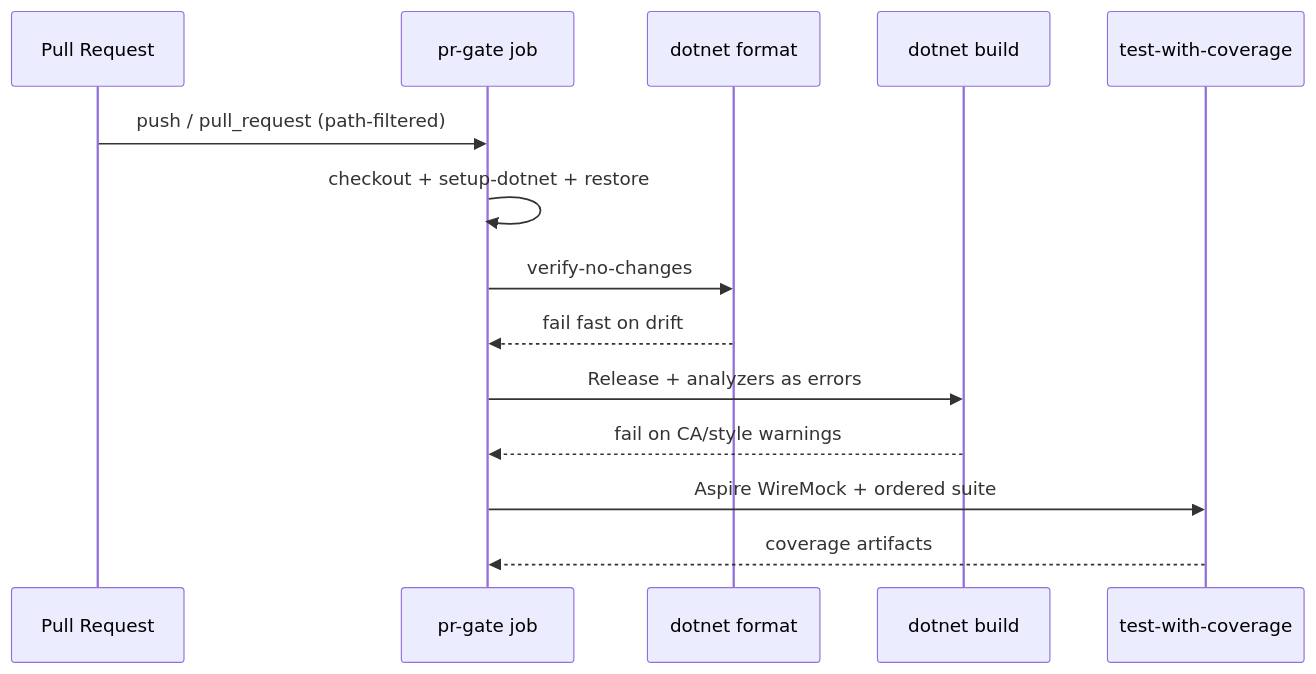
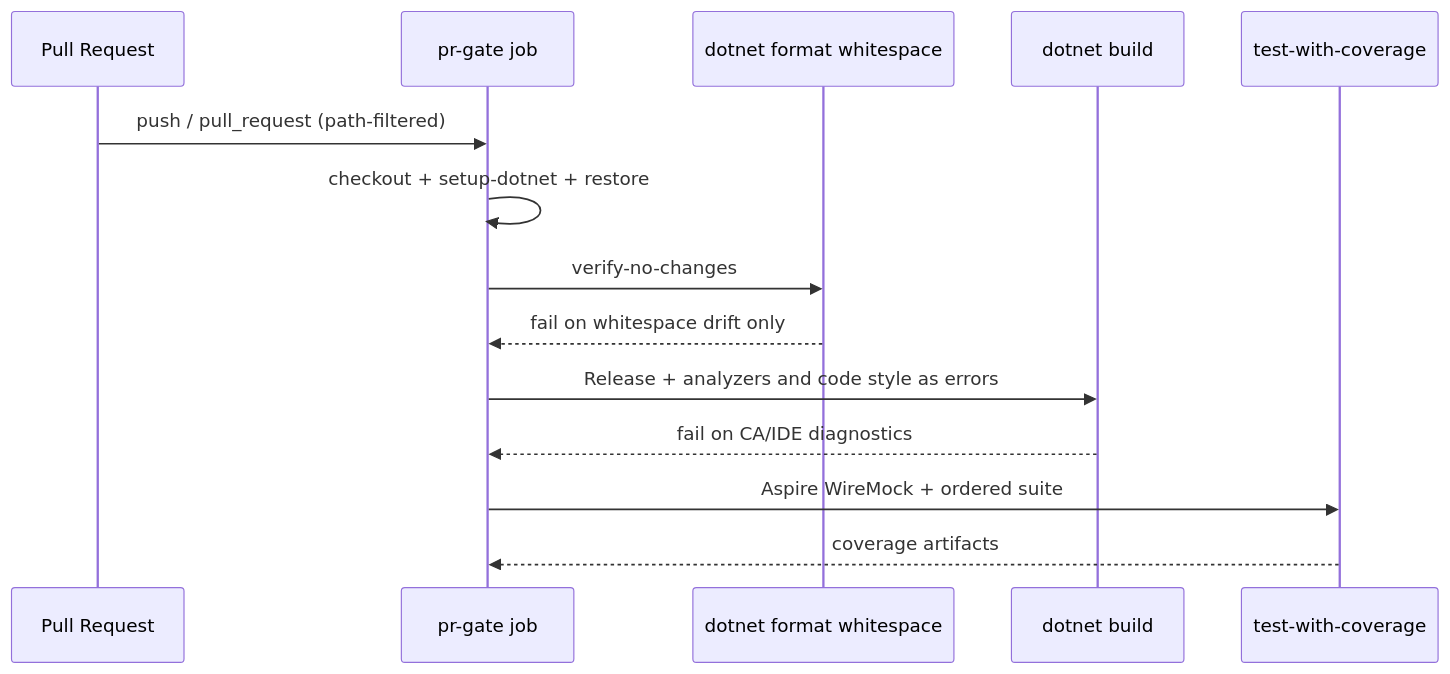
Before and after one commit to generic-automation-and-it/smooth-ai-stockanalysis: the diagram in .github/CI_AGENTS.md, drawn with Mermaid. The commit also changed other lines of this file and 8 other files, not shown here.

First line of the commit message:
ci[10]: narrow format to whitespace, pin AnalysisLevel, register LADR-019

````diff
--- a/.github/CI_AGENTS.md
+++ b/.github/CI_AGENTS.md
@@ -19,17 +21,17 @@
 ```mermaid
 sequenceDiagram
     participant PR as Pull Request
     participant Gate as pr-gate job
-    participant Format as dotnet format
+    participant Format as dotnet format whitespace
     participant Build as dotnet build
     participant Tests as test-with-coverage
 
     PR->>Gate: push / pull_request (path-filtered)
     Gate->>Gate: checkout + setup-dotnet + restore
     Gate->>Format: verify-no-changes
-    Format-->>Gate: fail fast on drift
-    Gate->>Build: Release + analyzers as errors
-    Build-->>Gate: fail on CA/style warnings
+    Format-->>Gate: fail on whitespace drift only
+    Gate->>Build: Release + analyzers and code style as errors
+    Build-->>Gate: fail on CA/IDE diagnostics
     Gate->>Tests: Aspire WireMock + ordered suite
     Tests-->>Gate: coverage artifacts
 ```
````
